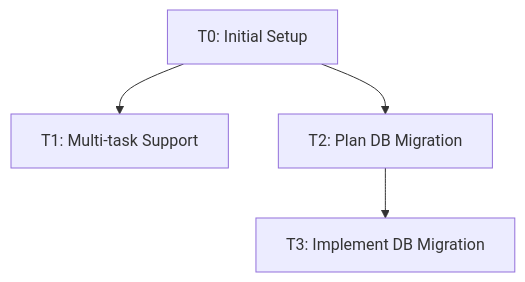
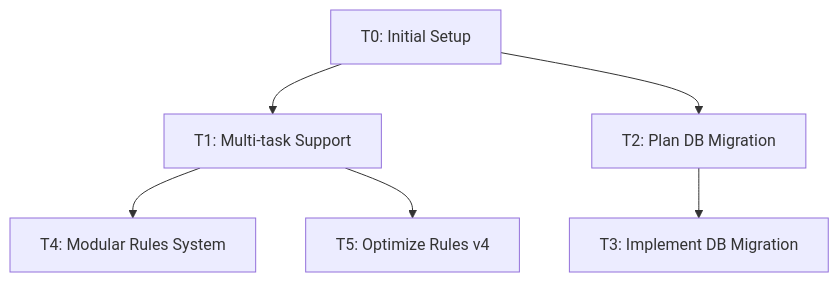
Before and after one commit to space-cadet/memory-bank: the diagram in memory-bank/tasks.md, drawn with Mermaid. The commit also changed other lines of this file and 3 other files, not shown here.

First line of the commit message:
Optimize integrated rules (v4) document structure and file editing guidelines

````diff
--- a/memory-bank/tasks.md
+++ b/memory-bank/tasks.md
@@ -86,11 +87,15 @@
 ```mermaid
 graph TD
     T0[T0: Initial Setup]
     T1[T1: Multi-task Support]
     T2[T2: Plan DB Migration]
     T3[T3: Implement DB Migration]
+    T4[T4: Modular Rules System]
+    T5[T5: Optimize Rules v4]
 
     T0 --> T1
     T0 --> T2
     T2 --> T3
+    T1 --> T4
+    T1 --> T5
 ```
````
